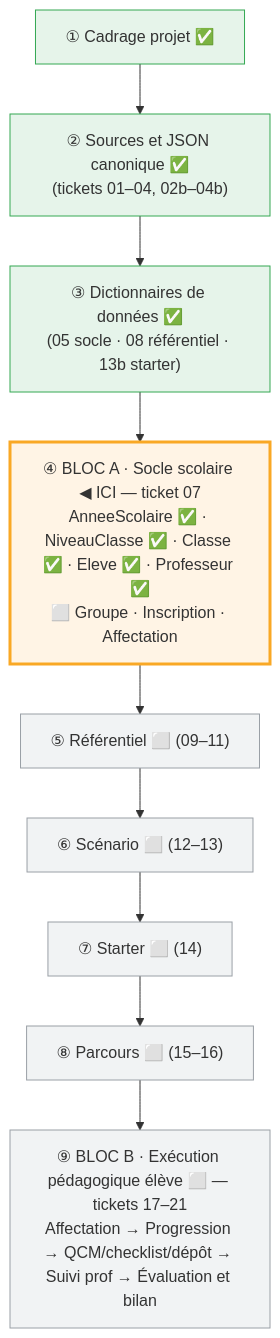
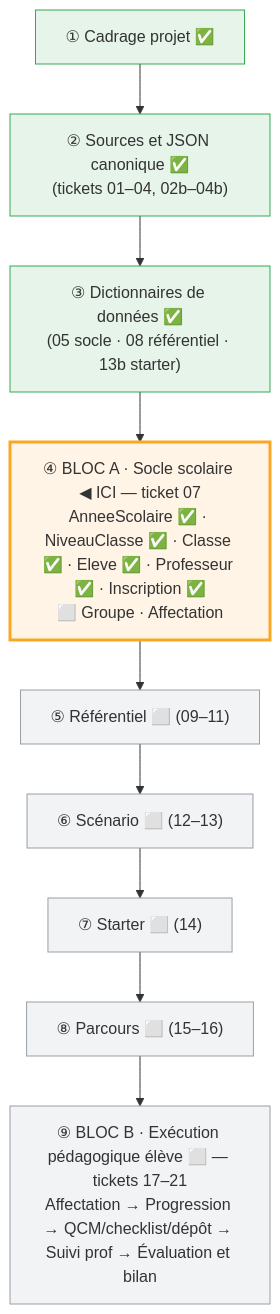
One commit to caucrogeGit/ReferenCiel-Manager changed the diagram in docs/journal-de-progression.md. Above: the diagram before and after it, drawn with Mermaid. The commit also changed other lines of this file and 4 other files, not shown here.

````diff
--- a/docs/journal-de-progression.md
+++ b/docs/journal-de-progression.md
@@ -540,19 +585,19 @@
 ```mermaid
 flowchart TD
     A["① Cadrage projet ✅"]
     B["② Sources et JSON canonique ✅<br/>(tickets 01–04, 02b–04b)"]
     C["③ Dictionnaires de données ✅<br/>(05 socle · 08 référentiel · 13b starter)"]
-    D["④ BLOC A · Socle scolaire ◀ ICI — ticket 07<br/>AnneeScolaire ✅ · NiveauClasse ✅ · Classe ✅ · Eleve ✅ · Professeur ✅<br/>⬜ Groupe · Inscription · Affectation"]
+    D["④ BLOC A · Socle scolaire ◀ ICI — ticket 07<br/>AnneeScolaire ✅ · NiveauClasse ✅ · Classe ✅ · Eleve ✅ · Professeur ✅ · Inscription ✅<br/>⬜ Groupe · Affectation"]
     E["⑤ Référentiel ⬜ (09–11)"]
     F["⑥ Scénario ⬜ (12–13)"]
     G["⑦ Starter ⬜ (14)"]
     H["⑧ Parcours ⬜ (15–16)"]
     I["⑨ BLOC B · Exécution pédagogique élève ⬜ — tickets 17–21<br/>Affectation → Progression → QCM/checklist/dépôt → Suivi prof → Évaluation et bilan"]
     A --> B --> C --> D --> E --> F --> G --> H --> I
     classDef done fill:#e6f4ea,stroke:#34a853;
     classDef current fill:#fff4e5,stroke:#f9a825,stroke-width:3px;
     classDef todo fill:#f1f3f4,stroke:#9aa0a6;
     class A,B,C done
     class D current
     class E,F,G,H,I todo
 ```
````
